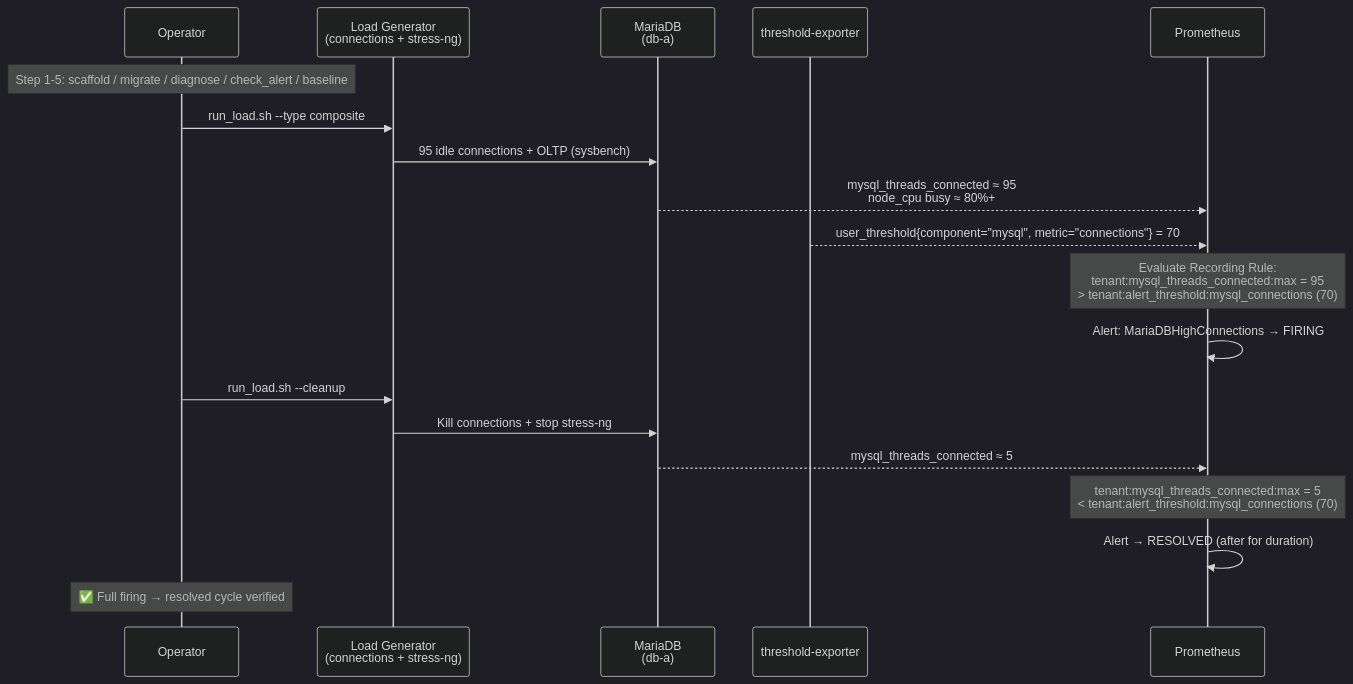
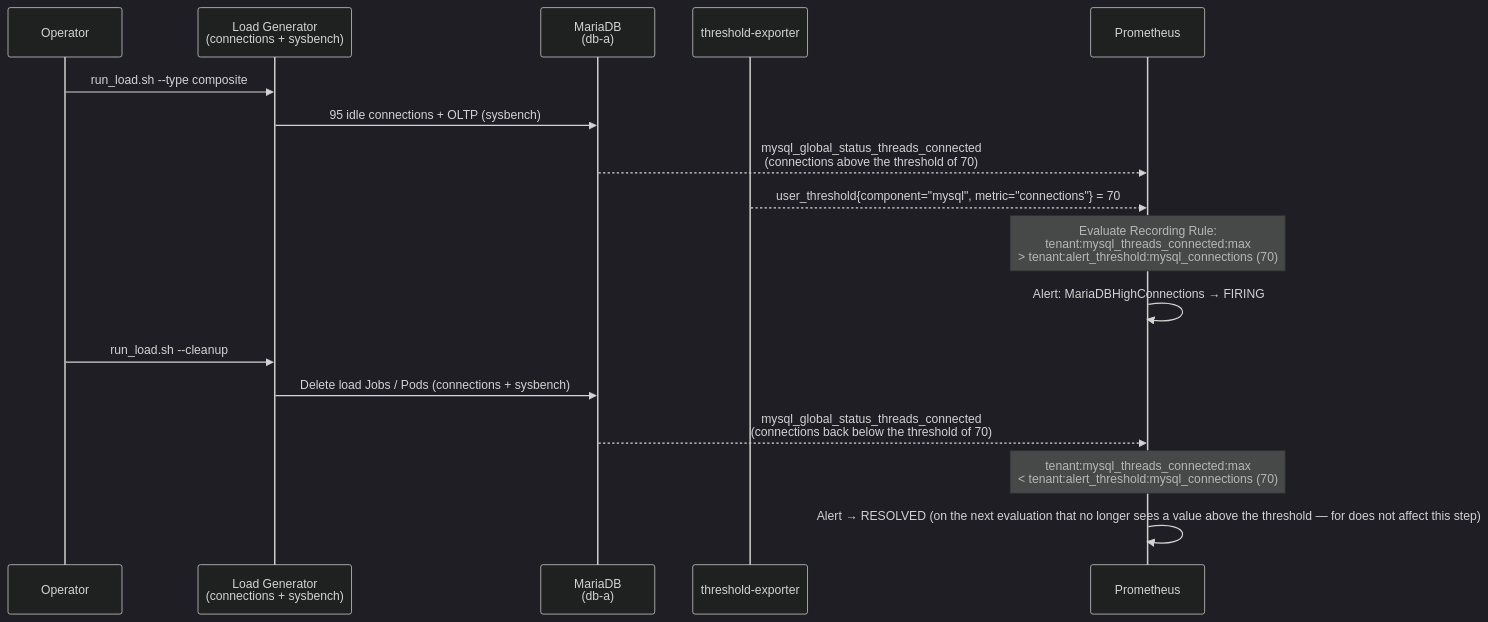
The diagram in docs/scenarios/verified-scenarios.en.md (vencil/Dynamic-Alerting-Integrations), drawn with Mermaid (dark theme) before and after one commit. The commit also changed other lines of this file and 11 other files, not shown here.

````diff
--- a/docs/scenarios/verified-scenarios.en.md
+++ b/docs/scenarios/verified-scenarios.en.md
@@ -84,28 +95,25 @@
 ```mermaid
 sequenceDiagram
     participant Op as Operator
-    participant LG as Load Generator<br/>(connections + stress-ng)
+    participant LG as Load Generator<br/>(connections + sysbench)
     participant DB as MariaDB<br/>(db-a)
     participant TE as threshold-exporter
     participant PM as Prometheus
 
-    Note over Op: Step 1-5: scaffold / migrate / diagnose / check_alert / baseline
-
     Op->>LG: run_load.sh --type composite
     LG->>DB: 95 idle connections + OLTP (sysbench)
-    DB-->>PM: mysql_threads_connected ≈ 95<br/>node_cpu busy ≈ 80%+
+    DB-->>PM: mysql_global_status_threads_connected<br/>(connections above the threshold of 70)
     TE-->>PM: user_threshold{component="mysql", metric="connections"} = 70
 
-    Note over PM: Evaluate Recording Rule:<br/>tenant:mysql_threads_connected:max = 95<br/>> tenant:alert_threshold:mysql_connections (70)
+    Note over PM: Evaluate Recording Rule:<br/>tenant:mysql_threads_connected:max<br/>> tenant:alert_threshold:mysql_connections (70)
 
     PM->>PM: Alert: MariaDBHighConnections → FIRING
 
     Op->>LG: run_load.sh --cleanup
-    LG->>DB: Kill connections + stop stress-ng
-    DB-->>PM: mysql_threads_connected ≈ 5
+    LG->>DB: Delete load Jobs / Pods (connections + sysbench)
+    DB-->>PM: mysql_global_status_threads_connected<br/>(connections back below the threshold of 70)
 
-    Note over PM: tenant:mysql_threads_connected:max = 5<br/>< tenant:alert_threshold:mysql_connections (70)
+    Note over PM: tenant:mysql_threads_connected:max<br/>< tenant:alert_threshold:mysql_connections (70)
 
-    PM->>PM: Alert → RESOLVED (after for duration)
-    Note over Op: ✅ Full firing → resolved cycle verified
+    PM->>PM: Alert → RESOLVED (on the next evaluation that no longer sees a value above the threshold — for does not affect this step)
 ```
````
